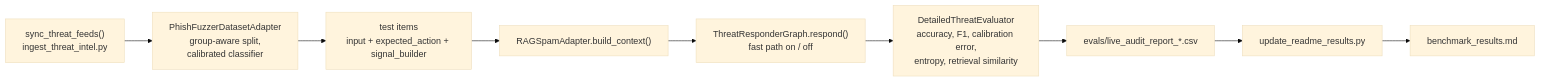
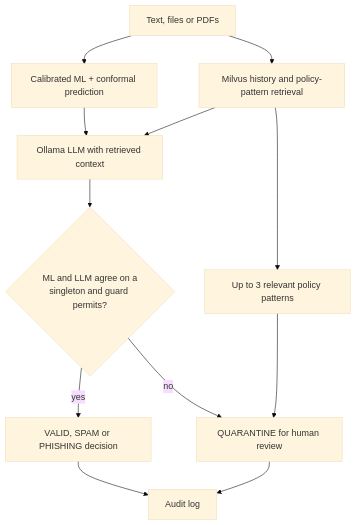
The diagram in docs/architecture.md (Aylin1/universal-threat-responder), drawn with Mermaid (base theme) before and after one commit. The commit also changed other lines of this file and 29 other files, not shown here.

First line of the commit message:
feat: Implement agreement review mechanism in ThreatResponderGraph

````diff
--- a/docs/architecture.md
+++ b/docs/architecture.md
@@ -183,10 +5,14 @@
 ```mermaid
-flowchart LR
-    S["sync_threat_feeds()<br/>ingest_threat_intel.py"] --> L["PhishFuzzerDatasetAdapter<br/>group-aware split,<br/>calibrated classifier"]
-    L --> I["test items<br/>input + expected_action + signal_builder"]
-    I --> R["RAGSpamAdapter.build_context()"]
-    R --> A["ThreatResponderGraph.respond()<br/>fast path on / off"]
-    A --> E["DetailedThreatEvaluator<br/>accuracy, F1, calibration error,<br/>entropy, retrieval similarity"]
-    E --> C["evals/live_audit_report_*.csv"]
-    C --> U["update_readme_results.py"] --> B["benchmark_results.md"]
+flowchart TD
+    I["Text, files or PDFs"] --> M["Calibrated ML + conformal prediction"]
+    I --> R["Milvus history and policy-pattern retrieval"]
+    M --> L["Ollama LLM with retrieved context"]
+    R --> L
+    L --> G{"ML and LLM agree on a<br/>singleton and guard permits?"}
+    G -- yes --> D["VALID, SPAM or PHISHING decision"]
+    G -- no --> Q["QUARANTINE for human review"]
+    D --> A["Audit log"]
+    Q --> A
+    R --> P["Up to 3 relevant policy patterns"]
+    P --> Q
 ```
````
